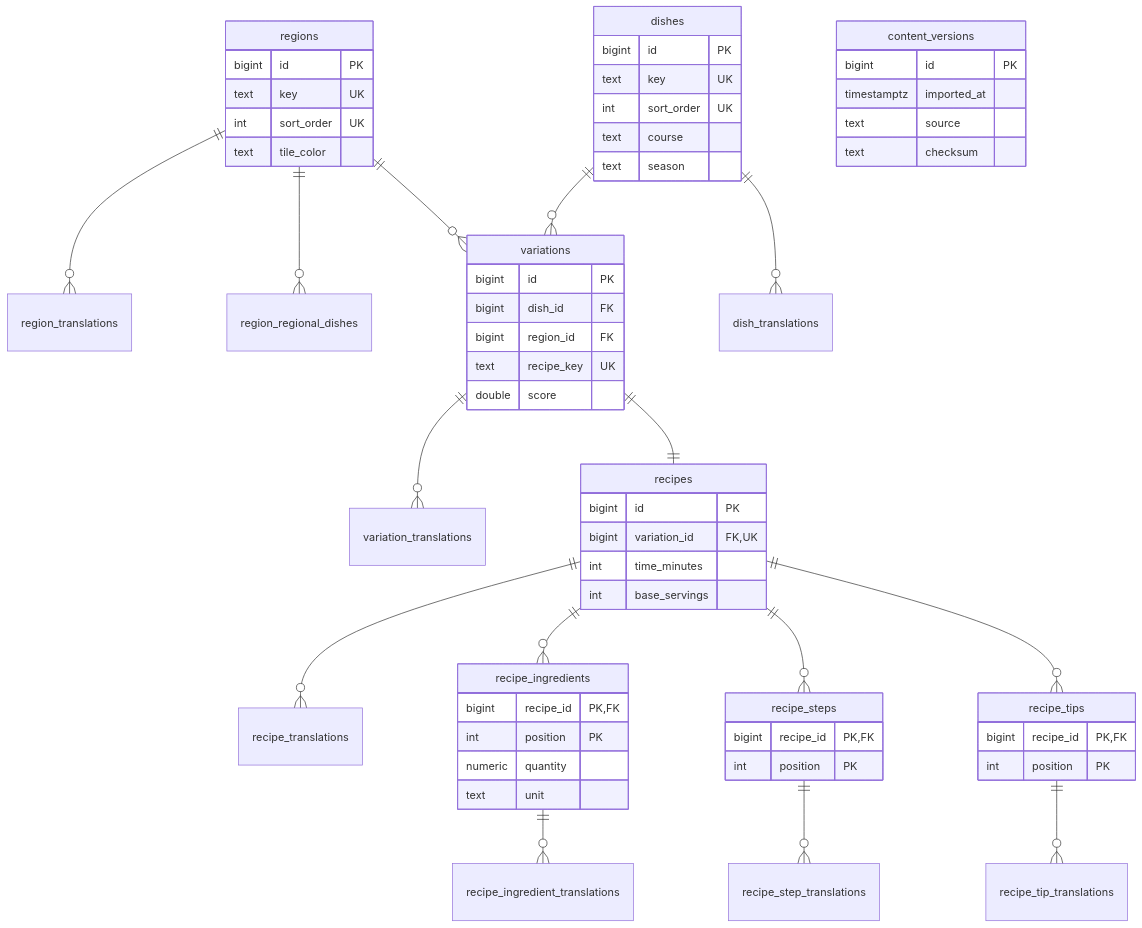
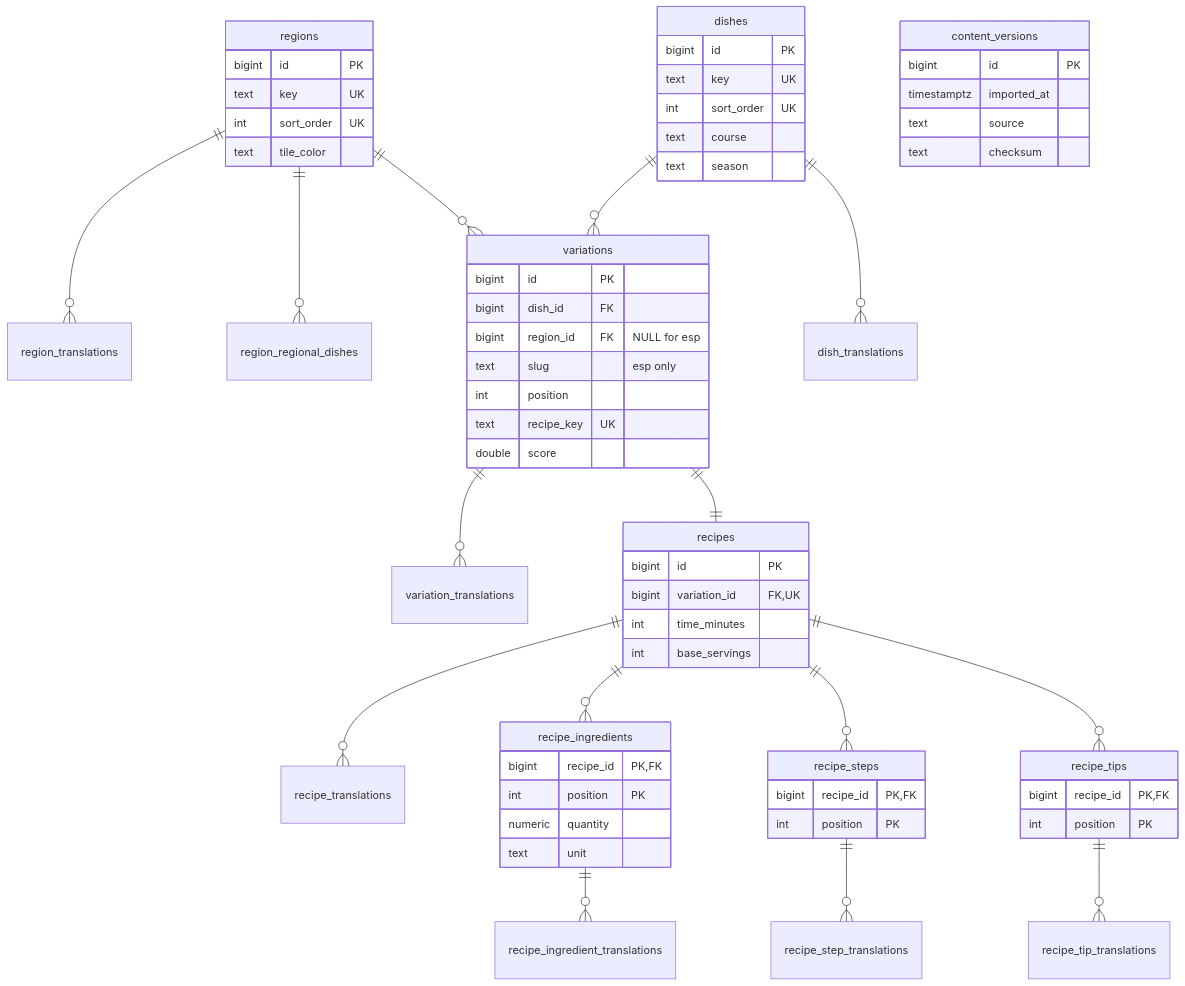
The diagram in docs/schema.md (cosmofactory/recetas-backend), drawn with Mermaid before and after one commit. The commit also changed other lines of this file and 63 other files, not shown here.

````diff
--- a/docs/schema.md
+++ b/docs/schema.md
@@ -37,64 +37,66 @@
 ```mermaid
 erDiagram
     regions ||--o{ region_translations : ""
     regions ||--o{ region_regional_dishes : ""
     regions ||--o{ variations : ""
     dishes ||--o{ dish_translations : ""
     dishes ||--o{ variations : ""
     variations ||--o{ variation_translations : ""
     variations ||--|| recipes : ""
     recipes ||--o{ recipe_translations : ""
     recipes ||--o{ recipe_ingredients : ""
     recipes ||--o{ recipe_steps : ""
     recipes ||--o{ recipe_tips : ""
     recipe_ingredients ||--o{ recipe_ingredient_translations : ""
     recipe_steps ||--o{ recipe_step_translations : ""
     recipe_tips ||--o{ recipe_tip_translations : ""
 
     regions {
         bigint id PK
         text key UK
         int sort_order UK
         text tile_color
     }
     dishes {
         bigint id PK
         text key UK
         int sort_order UK
         text course
         text season
     }
     variations {
         bigint id PK
         bigint dish_id FK
-        bigint region_id FK
+        bigint region_id FK "NULL for esp"
+        text slug "esp only"
+        int position
         text recipe_key UK
         double score
     }
     recipes {
         bigint id PK
         bigint variation_id FK,UK
         int time_minutes
         int base_servings
     }
     recipe_ingredients {
         bigint recipe_id PK,FK
         int position PK
         numeric quantity
         text unit
     }
     recipe_steps {
         bigint recipe_id PK,FK
         int position PK
     }
     recipe_tips {
         bigint recipe_id PK,FK
         int position PK
     }
     content_versions {
         bigint id PK
         timestamptz imported_at
         text source
         text checksum
     }
 ```
````
